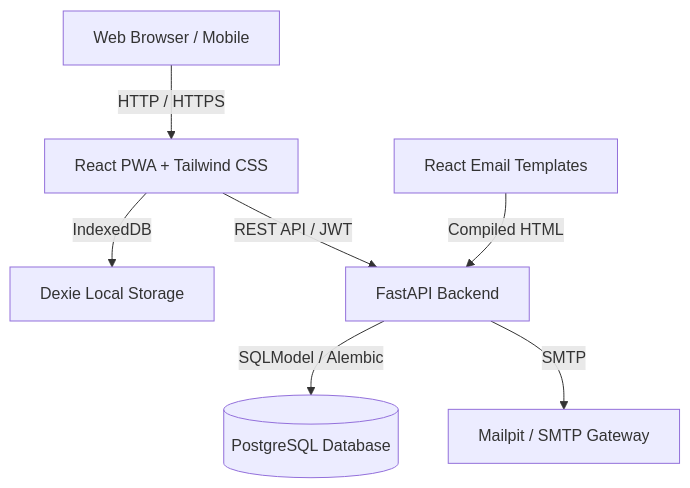
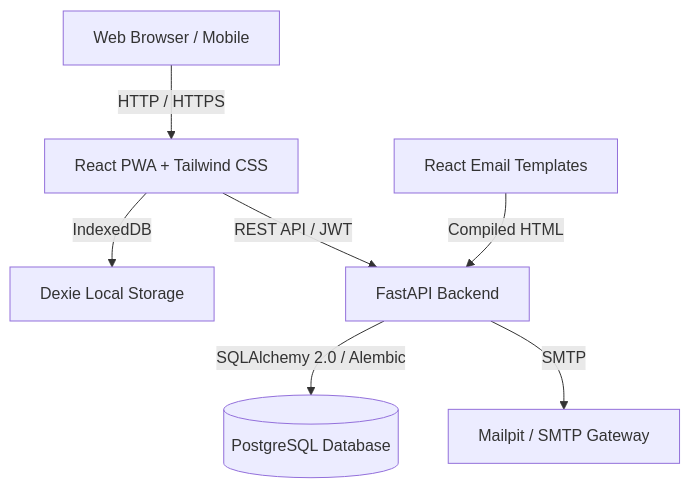
One commit to Curl-X-Tech/curlx_retrails changed the diagram in README.md. Above: the diagram before and after it, drawn with Mermaid. The commit also changed other lines of this file and 18 other files, not shown here.

Commit message:
feat(backend): migrate to sqlalchemy 2.0 and update skills

````diff
--- a/README.md
+++ b/README.md
@@ -50,9 +50,9 @@
 ```mermaid
 graph TD
     Client[Web Browser / Mobile] -->|HTTP / HTTPS| Frontend[React PWA + Tailwind CSS]
     Frontend -->|IndexedDB| Dexie[Dexie Local Storage]
     Frontend -->|REST API / JWT| Backend[FastAPI Backend]
-    Backend -->|SQLModel / Alembic| DB[(PostgreSQL Database)]
+    Backend -->|SQLAlchemy 2.0 / Alembic| DB[(PostgreSQL Database)]
     Backend -->|SMTP| Mailer[Mailpit / SMTP Gateway]
     Emails[React Email Templates] -->|Compiled HTML| Backend
 ```
````
